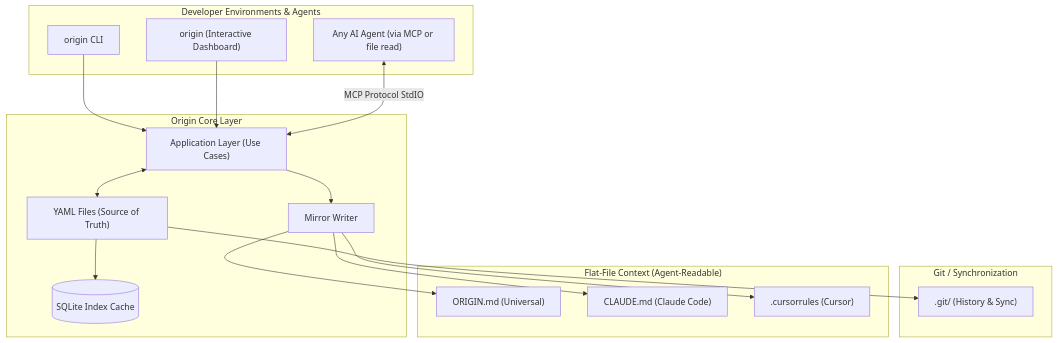
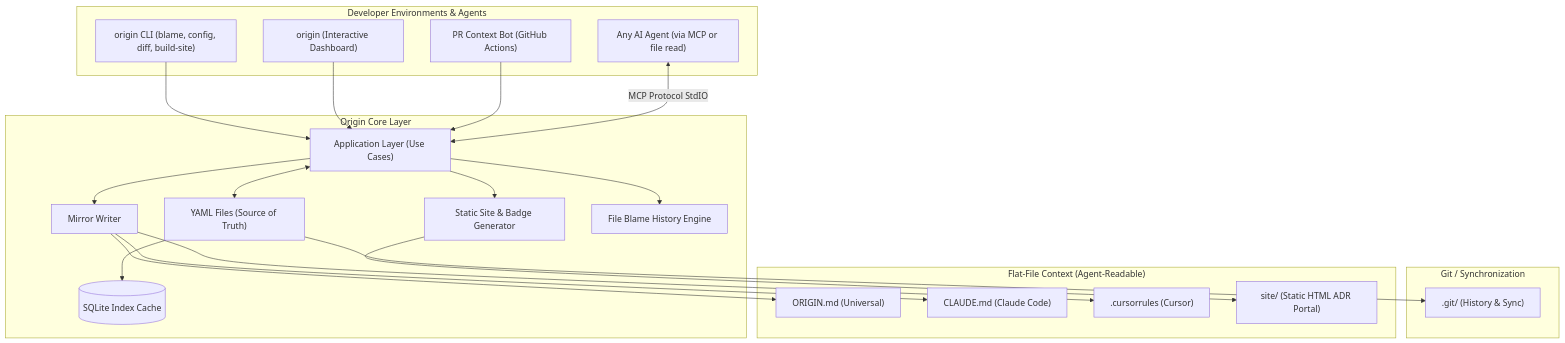
Before and after one commit to sohmxdd/Origin: the first of 2 diagrams in README.md, drawn with Mermaid. The commit also changed 18 other files, not shown here.

Commit message:
feat: add cross-platform CI matrix, git diff engine, config CLI, and contributor hygiene

````diff
--- a/README.md
+++ b/README.md
@@ -19,36 +19,44 @@
 ```mermaid
 graph TD
     subgraph Client ["Developer Environments & Agents"]
-        CLI["origin CLI"]
+        CLI["origin CLI (blame, config, diff, build-site)"]
         TUI["origin (Interactive Dashboard)"]
         Agent["Any AI Agent (via MCP or file read)"]
+        Bot["PR Context Bot (GitHub Actions)"]
     end
 
     subgraph OriginCore ["Origin Core Layer"]
         App["Application Layer (Use Cases)"]
         YAML["YAML Files (Source of Truth)"]
         DB[(SQLite Index Cache)]
         Mirror["Mirror Writer"]
+        SiteBuilder["Static Site & Badge Generator"]
+        BlameEngine["File Blame History Engine"]
     end
 
     subgraph Git ["Git / Synchronization"]
         Repo[".git/ (History & Sync)"]
     end
 
     subgraph Exports ["Flat-File Context (Agent-Readable)"]
         Generic["ORIGIN.md (Universal)"]
         CLAUDE["CLAUDE.md (Claude Code)"]
         Cursor[".cursorrules (Cursor)"]
+        HTML["site/ (Static HTML ADR Portal)"]
     end
 
     CLI --> App
     TUI --> App
+    Bot --> App
     Agent <-->|MCP Protocol StdIO| App
     App <--> YAML
+    App --> BlameEngine
+    App --> SiteBuilder
+    SiteBuilder --> HTML
     YAML --> DB
     App --> Mirror
     Mirror --> Generic
     Mirror --> CLAUDE
     Mirror --> Cursor
     YAML --> Repo
 ```
````
